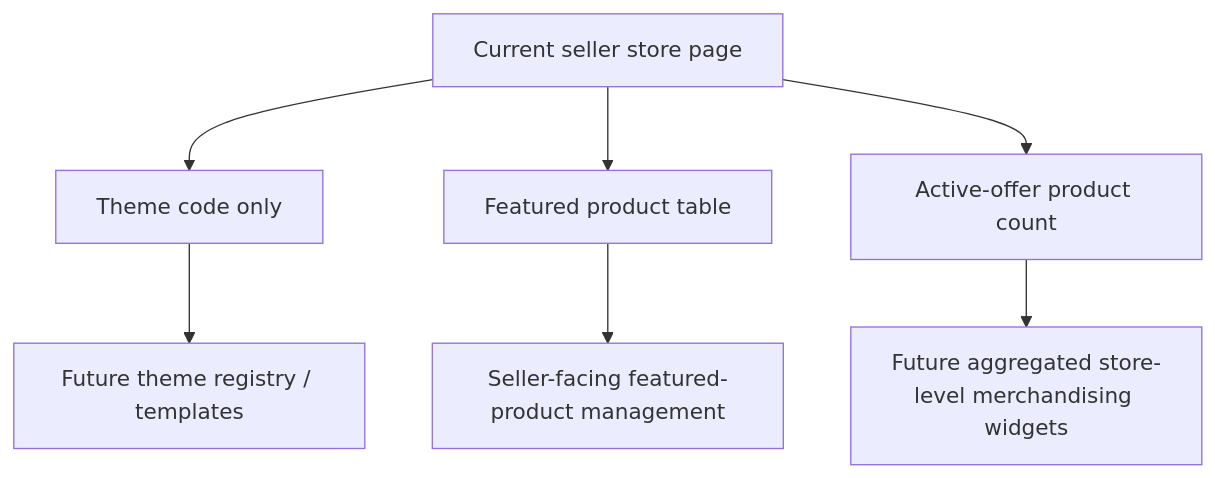
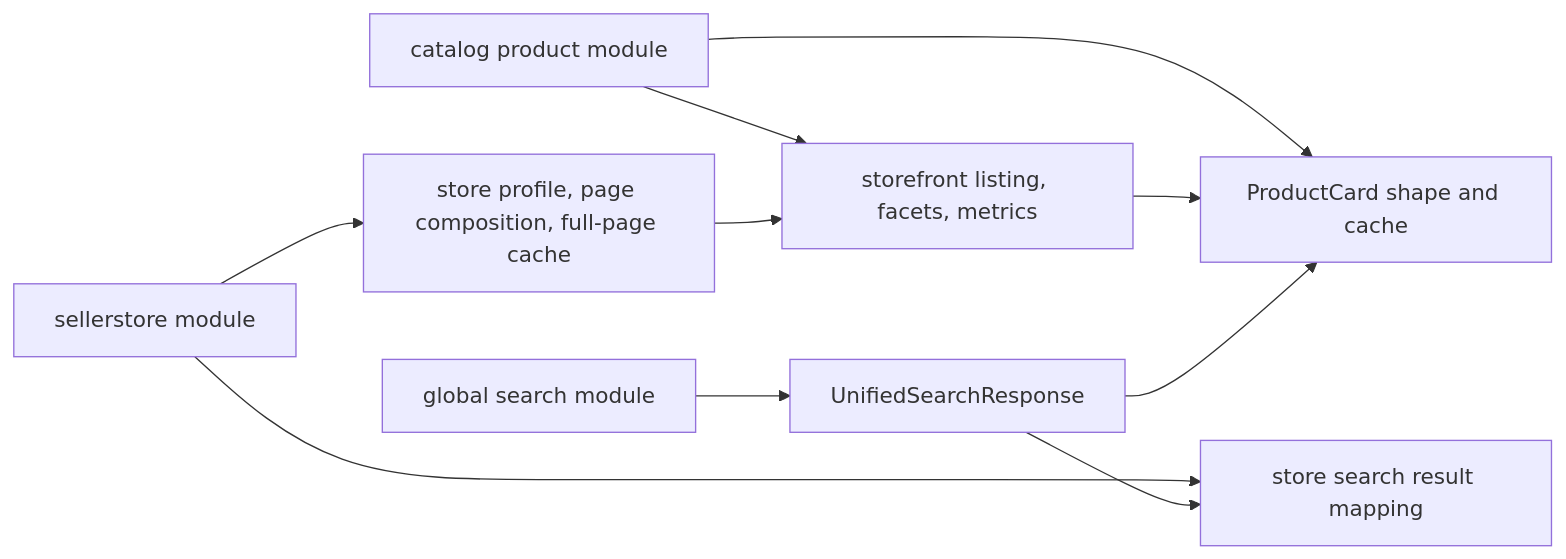
Before and after one commit to mohammadAlhajeen/bun_commerce-public: the eighth of 8 diagrams in documentation/12-seller-store-uml.md, drawn with Mermaid. The commit also changed other lines of this file and 29 other files, not shown here.

````diff
--- a/documentation/12-seller-store-uml.md
+++ b/documentation/12-seller-store-uml.md
@@ -269,10 +288,13 @@
 ```mermaid
-flowchart TD
-    A["Current seller store page"] --> B["Theme code only"]
-    A --> C["Featured product table"]
-    A --> D["Active-offer product count"]
+flowchart LR
+    SellerStore["sellerstore module"] --> Profile["store profile, page composition, full-page cache"]
+    SellerStore --> StoreSearch["store search result mapping"]
+    Catalog["catalog product module"] --> Cards["ProductCard shape and cache"]
+    Catalog --> Listing["storefront listing, facets, metrics"]
+    Global["global search module"] --> Combined["UnifiedSearchResponse"]
 
-    B --> E["Future theme registry / templates"]
-    C --> F["Seller-facing featured-product management"]
-    D --> G["Future aggregated store-level merchandising widgets"]
+    Profile --> Listing
+    Listing --> Cards
+    Combined --> Cards
+    Combined --> StoreSearch
 ```
````
